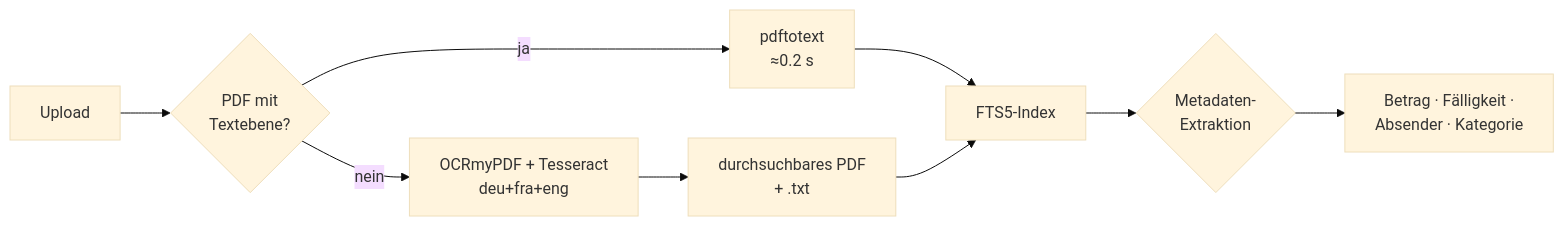
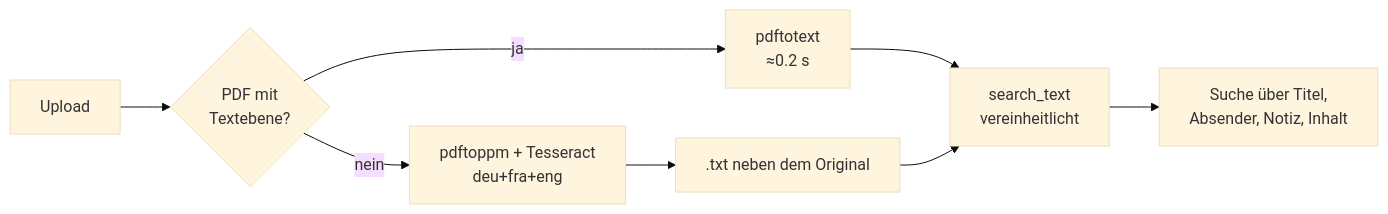
The third of 4 diagrams in docs/KONZEPT.md (vonallmenalain/manager), drawn with Mermaid (base theme) before and after one commit. The commit also changed other lines of this file and 16 other files, not shown here.

````diff
--- a/docs/KONZEPT.md
+++ b/docs/KONZEPT.md
@@ -282,11 +327,10 @@
 ```mermaid
 flowchart LR
     A["Upload"] --> B{"PDF mit<br/>Textebene?"}
     B -->|ja| C["pdftotext<br/>≈0.2 s"]
-    B -->|nein| D["OCRmyPDF + Tesseract<br/>deu+fra+eng"]
-    D --> E["durchsuchbares PDF<br/>+ .txt"]
-    C --> F["FTS5-Index"]
+    B -->|nein| D["pdftoppm + Tesseract<br/>deu+fra+eng"]
+    D --> E[".txt neben dem Original"]
+    C --> F["search_text<br/>vereinheitlicht"]
     E --> F
-    F --> G{"Metadaten-<br/>Extraktion"}
-    G --> H["Betrag · Fälligkeit ·<br/>Absender · Kategorie"]
+    F --> G["Suche über Titel,<br/>Absender, Notiz, Inhalt"]
 ```
````
